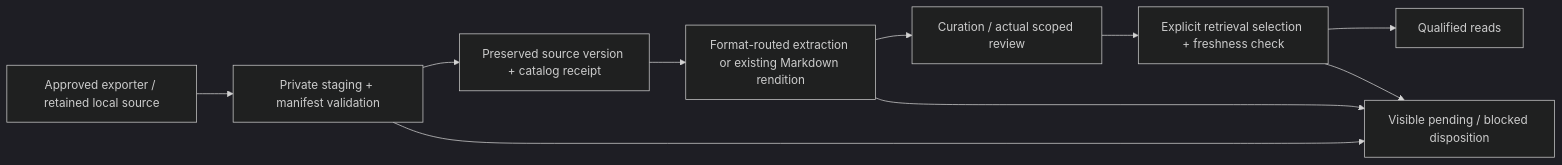
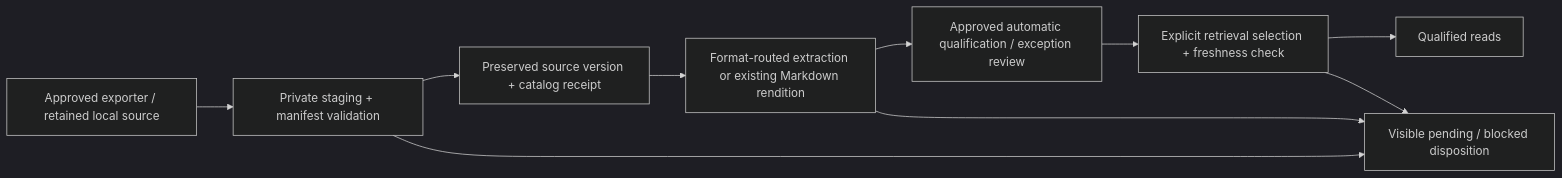
Before and after one commit to GSA/the_engineer: the second of 3 diagrams in context/system-architecture.md, drawn with Mermaid (dark theme). The commit also changed other lines of this file and 24 other files, not shown here.

````diff
--- a/context/system-architecture.md
+++ b/context/system-architecture.md
@@ -181,15 +759,15 @@
 ```mermaid
 flowchart LR
     export["Approved exporter / retained local source"]
     stage["Private staging + manifest validation"]
     original["Preserved source version + catalog receipt"]
     extract["Format-routed extraction or existing Markdown rendition"]
-    review["Curation / actual scoped review"]
+    review["Approved automatic qualification / exception review"]
     select["Explicit retrieval selection + freshness check"]
     read["Qualified reads"]
     blocked["Visible pending / blocked disposition"]
     export --> stage --> original --> extract --> review --> select --> read
     stage --> blocked
     extract --> blocked
     select --> blocked
 ```
````
